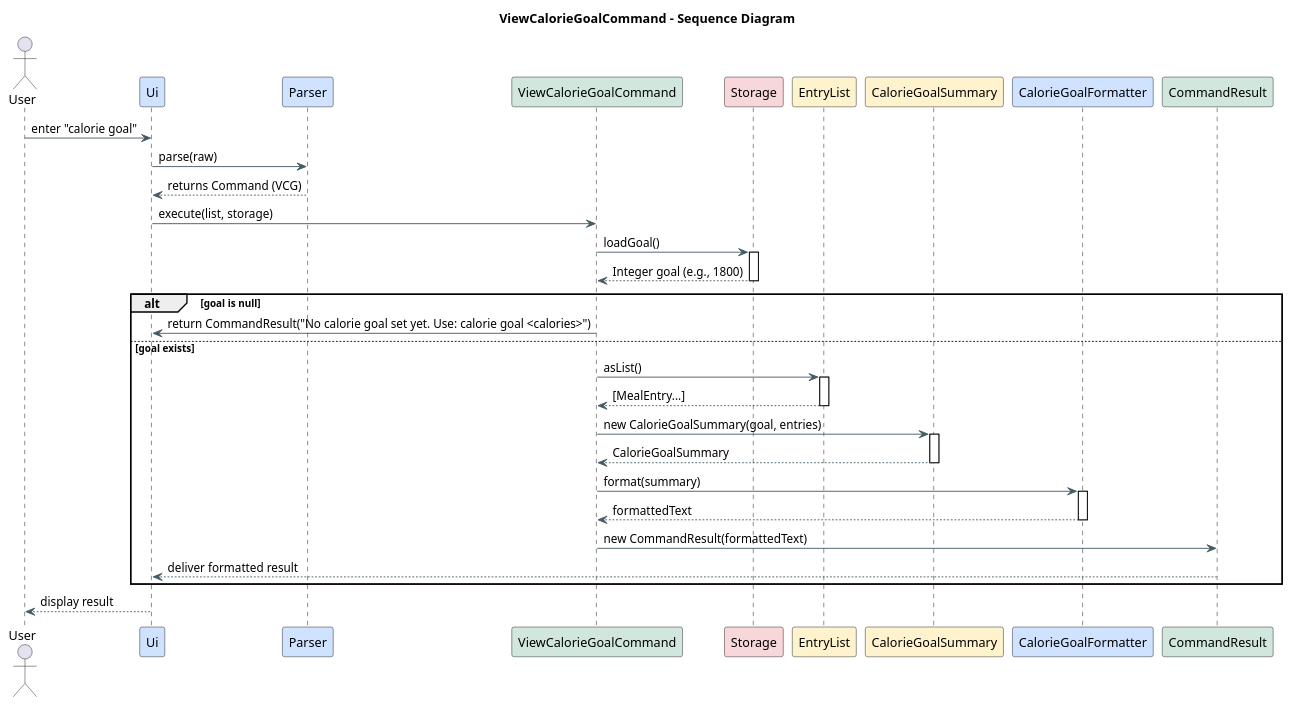
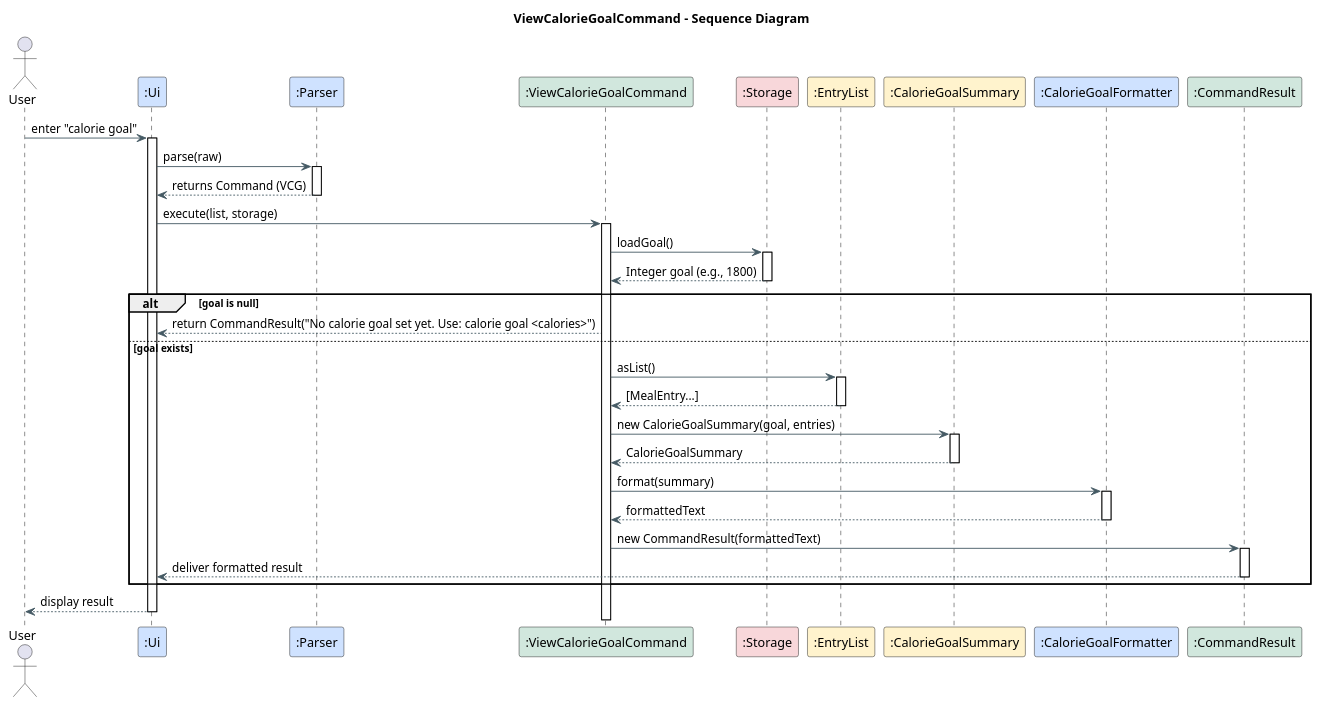
The diagram in docs/diagrams/CalorieGoal_SequenceDiagram.puml (AY2526S1-CS2113-T11-3/tp), drawn with PlantUML before and after one commit. The commit also changed 2 other files, not shown here.

Commit message:
Sequence Diagram fix for view calorie goal

```diff
--- a/docs/diagrams/CalorieGoal_SequenceDiagram.puml
+++ b/docs/diagrams/CalorieGoal_SequenceDiagram.puml
@@ -1,58 +1,65 @@
 @startuml
 title ViewCalorieGoalCommand - Sequence Diagram
 
 skinparam shadowing false
 skinparam defaultFontName Arial
 skinparam sequence {
   LifeLineBorderColor black
   BoxBorderColor #90A4AE
   BoxBackgroundColor #F5F7FA
   ArrowColor #455A64
   ArrowThickness 1
 }
 
 actor User
 
-participant Ui           as UI  #CFE2FF
-participant Parser       as PR  #CFE2FF
-participant ViewCalorieGoalCommand as VCG #D1E7DD
-participant Storage      as ST   #F8D7DA
-participant EntryList    as EL   #FFF3CD
-participant CalorieGoalSummary as CGS #FFF3CD
-participant CalorieGoalFormatter as CGF #CFE2FF
-participant CommandResult as CR   #D1E7DD
+participant ":Ui"           as UI  #CFE2FF
+participant ":Parser"       as PR  #CFE2FF
+participant ":ViewCalorieGoalCommand" as VCG #D1E7DD
+participant ":Storage"      as ST   #F8D7DA
+participant ":EntryList"    as EL   #FFF3CD
+participant ":CalorieGoalSummary" as CGS #FFF3CD
+participant ":CalorieGoalFormatter" as CGF #CFE2FF
+participant ":CommandResult" as CR   #D1E7DD
 
 User -> UI : enter "calorie goal"
+activate UI
 UI -> PR : parse(raw)
+activate PR
 PR --> UI : returns Command (VCG)
+deactivate PR
 UI -> VCG : execute(list, storage)
+activate VCG
 
 VCG -> ST : loadGoal()
 activate ST
 ST --> VCG : Integer goal (e.g., 1800)
 deactivate ST
 
 alt goal is null
-  VCG -> UI : return CommandResult("No calorie goal set yet. Use: calorie goal <calories>")
+  VCG --> UI : return CommandResult("No calorie goal set yet. Use: calorie goal <calories>")
 else goal exists
   VCG -> EL : asList()
   activate EL
   EL --> VCG : [MealEntry...]
   deactivate EL
 
   VCG -> CGS : new CalorieGoalSummary(goal, entries)
   activate CGS
   CGS --> VCG : CalorieGoalSummary
   deactivate CGS
 
   VCG -> CGF : format(summary)
   activate CGF
   CGF --> VCG : formattedText
   deactivate CGF
 
   VCG -> CR : new CommandResult(formattedText)
+  activate CR
   CR --> UI : deliver formatted result
+  deactivate CR
 end
 
 UI --> User : display result
+deactivate UI
 @enduml
```
